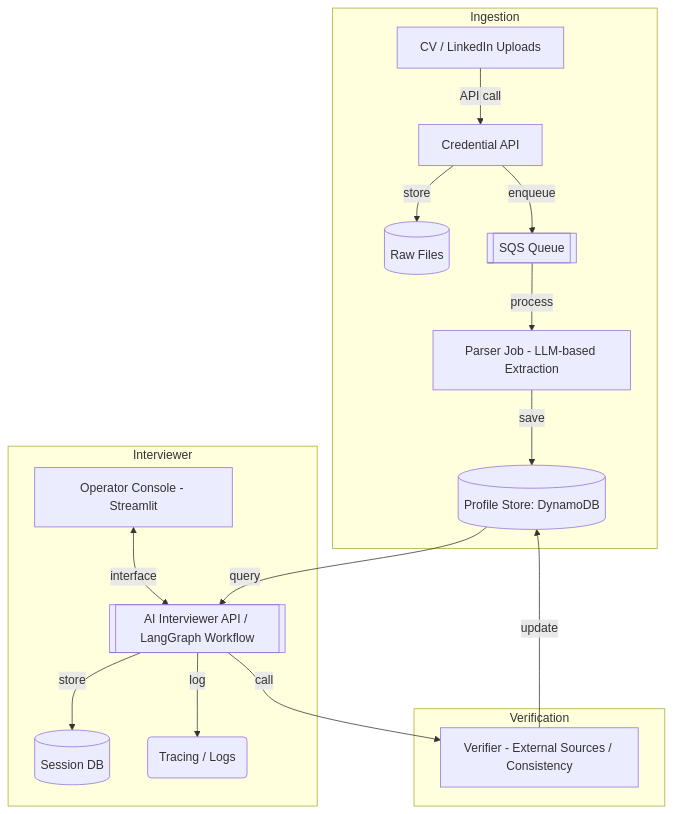
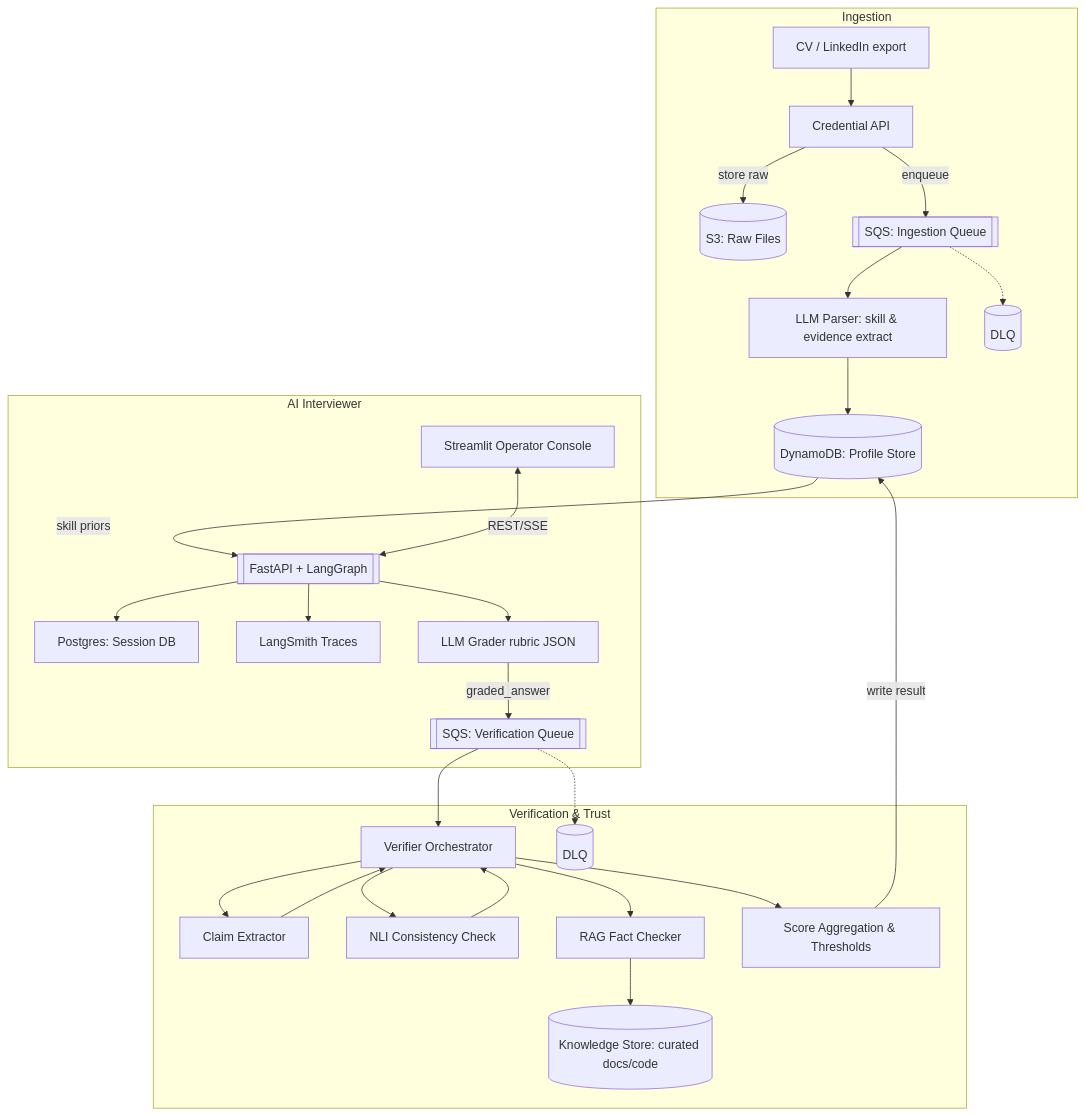
Before and after one commit to jasoncpit/ai-interviewer: the third of 4 diagrams in README.md, drawn with Mermaid. The commit also changed 1 other file, not shown here.

Commit message:
update system architecture

````diff
--- a/README.md
+++ b/README.md
@@ -147,22 +147,38 @@
 ```mermaid
 flowchart TD
-    subgraph Ingestion
-        Uploads[CV / LinkedIn Uploads] -->|API call| API[Credential API]
-        API -->|store| S3[(Raw Files)]
-        API -->|enqueue| SQS[[SQS Queue]]
-        SQS -->|process| ParserJob[Parser Job - LLM-based Extraction]
-        ParserJob -->|save| ProfileDB[(Profile Store: DynamoDB)]
+    %% ========== INGESTION ==========
+    subgraph Ingestion["Ingestion"]
+        Uploads[CV /  LinkedIn export] --> API[Credential API]
+        API -->|store raw| S3[(S3: Raw Files)]
+        API -->|enqueue| IngestQ[[SQS: Ingestion Queue]]
+        IngestQ --> ParserJob[LLM Parser: skill & evidence extract]
+        ParserJob --> ProfileDB[(DynamoDB: Profile Store)]
+        IngestQ -.-> IngestDLQ[(DLQ)]
     end
 
-    subgraph Interviewer
-        ProfileDB -->|query| FastAPI[[AI Interviewer API / LangGraph Workflow]]
-        FastAPI -->|store| Postgres[(Session DB)]
-        FastAPI -->|log| LangSmith(Tracing / Logs)
-        Console[Operator Console - Streamlit] <-->|interface| FastAPI
+    %% ========== INTERVIEWER ==========
+    subgraph Interviewer["AI Interviewer"]
+        ProfileDB -->|skill priors| FastAPI[[FastAPI + LangGraph]]
+        FastAPI --> Postgres[Postgres: Session DB]
+        FastAPI --> LangSmith[LangSmith Traces]
+        Console[Streamlit Operator Console] <-->|REST/SSE| FastAPI
+
+        %% grading vs verification separation
+        FastAPI --> Grader[LLM Grader rubric JSON]
+        Grader -->|graded_answer| VerifQ[[SQS: Verification Queue]]
     end
 
-    subgraph Verification
-        FastAPI -->|call| Verifier[Verifier - External Sources / Consistency]
-        Verifier -->|update| ProfileDB
+    %% ========== VERIFICATION ==========
+    subgraph Verification["Verification & Trust"]
+        VerifQ --> Verifier[Verifier Orchestrator]
+        Verifier --> Claims[Claim Extractor]
+        Verifier --> NLI[NLI Consistency Check]
+        Verifier --> RAG[RAG Fact Checker]
+        RAG --> Corpus[(Knowledge Store: curated docs/code)]
+        NLI --> Verifier
+        Claims --> Verifier
+        Verifier --> Calibrator[Score Aggregation & Thresholds]
+        Calibrator -->|write result| ProfileDB
+        VerifQ -.-> VerifDLQ[(DLQ)]
     end
 ```
````
